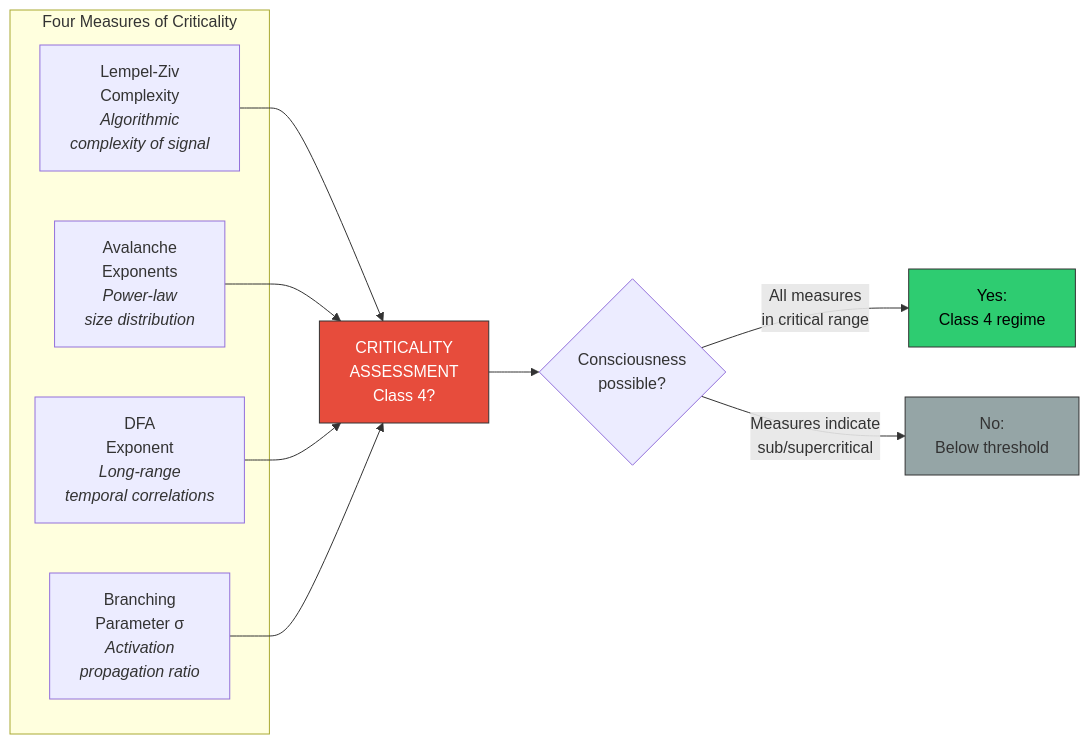
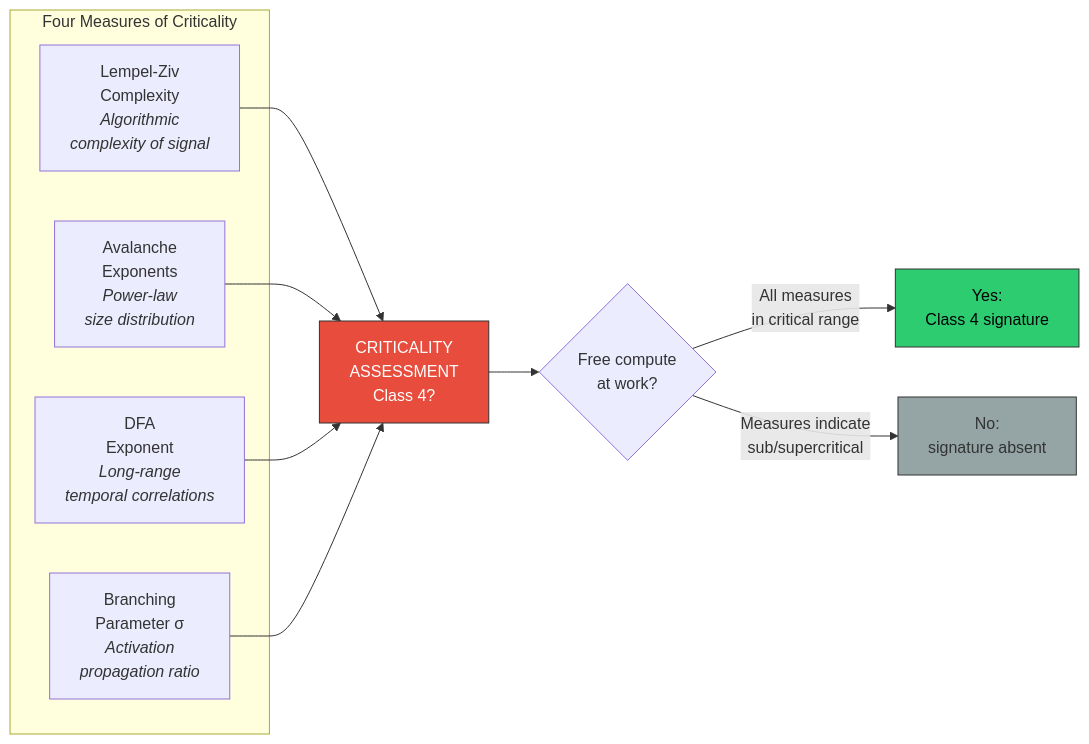
Before and after one commit to JeltzProstetnic/aIware: the diagram in wiki/formal/information-theoretic.md, drawn with Mermaid. The commit also changed other lines of this file and 61 other files, not shown here.

````diff
--- a/wiki/formal/information-theoretic.md
+++ b/wiki/formal/information-theoretic.md
@@ -54,22 +54,22 @@
 ```mermaid
 graph LR
     subgraph "Four Measures of Criticality"
         LZ["Lempel-Ziv<br/>Complexity<br/><em>Algorithmic<br/>complexity of signal</em>"]
         AV["Avalanche<br/>Exponents<br/><em>Power-law<br/>size distribution</em>"]
         DFA["DFA<br/>Exponent<br/><em>Long-range<br/>temporal correlations</em>"]
         BR["Branching<br/>Parameter σ<br/><em>Activation<br/>propagation ratio</em>"]
     end
 
     LZ --> CRIT["CRITICALITY<br/>ASSESSMENT<br/>Class 4?"]
     AV --> CRIT
     DFA --> CRIT
     BR --> CRIT
 
-    CRIT --> CON{"Consciousness<br/>possible?"}
-    CON -->|"All measures<br/>in critical range"| YES["Yes:<br/>Class 4 regime"]
-    CON -->|"Measures indicate<br/>sub/supercritical"| NO["No:<br/>Below threshold"]
+    CRIT --> CON{"Free compute<br/>at work?"}
+    CON -->|"All measures<br/>in critical range"| YES["Yes:<br/>Class 4 signature"]
+    CON -->|"Measures indicate<br/>sub/supercritical"| NO["No:<br/>signature absent"]
 
     style CRIT fill:#e74c3c,stroke:#333,color:#fff
     style YES fill:#2ecc71,stroke:#333,color:#000
     style NO fill:#95a5a6,stroke:#333
 ```
````
